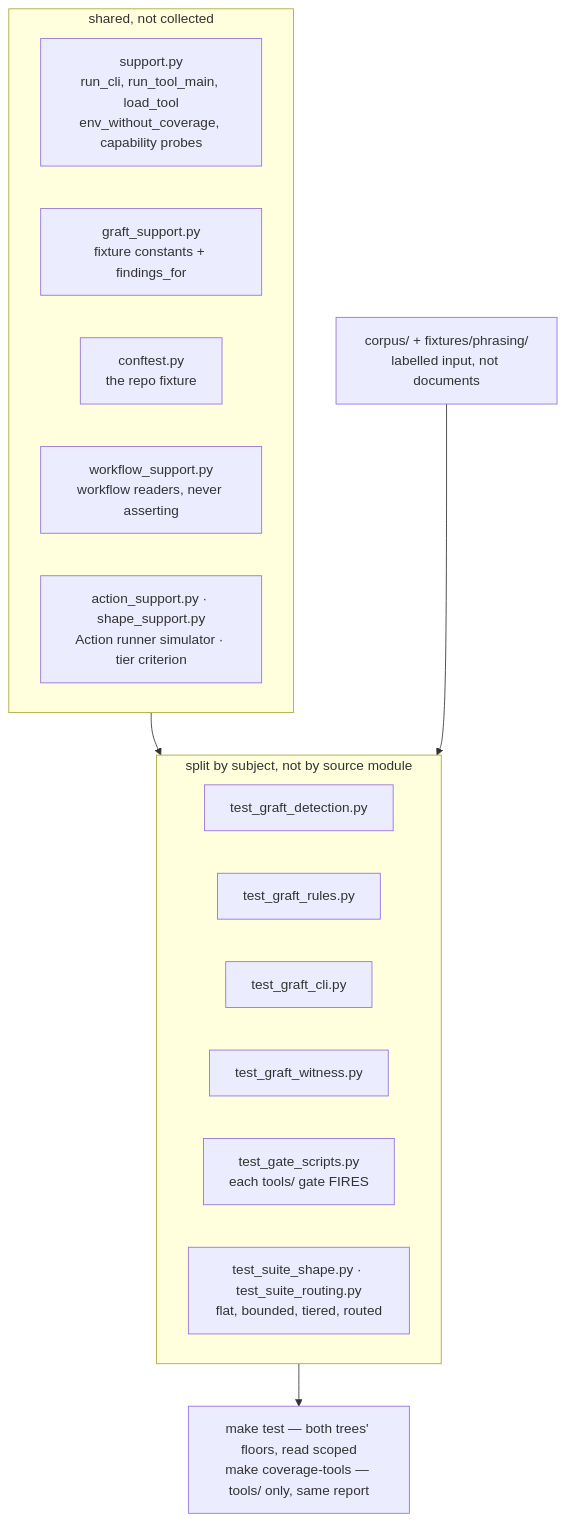
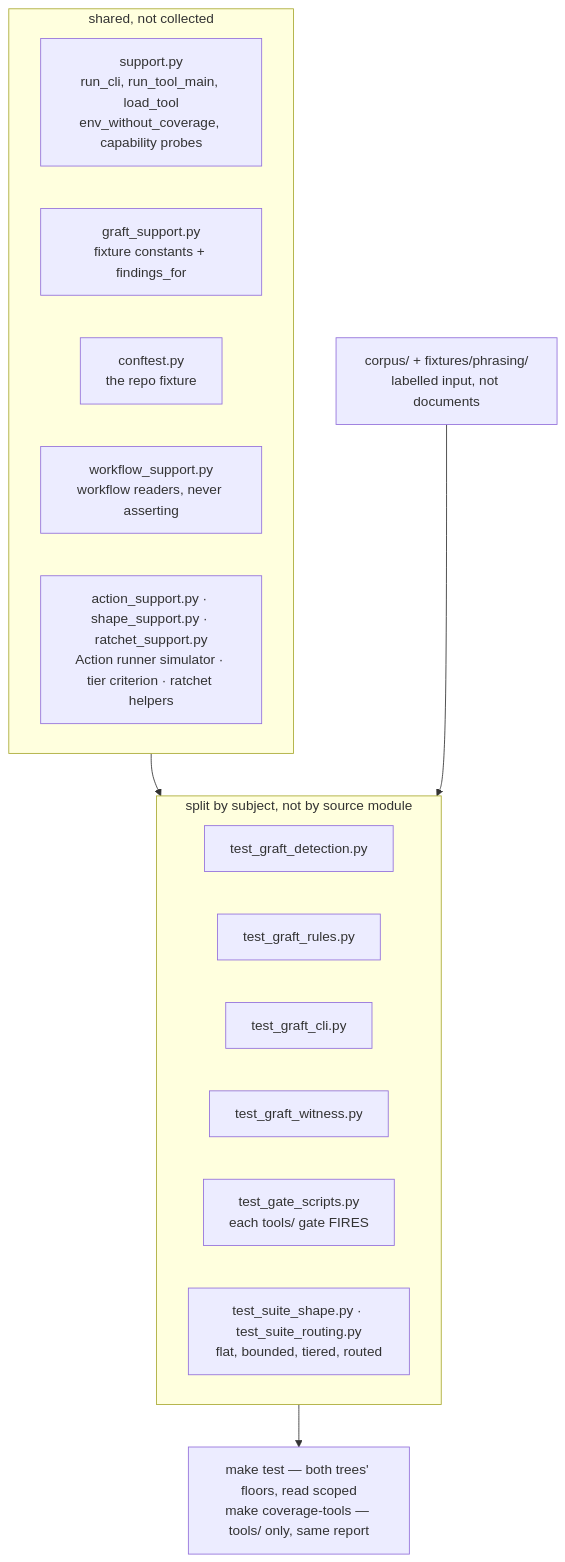
Before and after one commit to ianshank/planlint: the diagram in tests/AGENTS.md, drawn with Mermaid. The commit also changed other lines of this file and 27 other files, not shown here.

````diff
--- a/tests/AGENTS.md
+++ b/tests/AGENTS.md
@@ -8,21 +8,21 @@
 ```mermaid
 flowchart TD
     subgraph shared["shared, not collected"]
         sup["support.py<br/>run_cli, run_tool_main, load_tool<br/>env_without_coverage, capability probes"]
         gs["graft_support.py<br/>fixture constants + findings_for"]
         cf["conftest.py<br/>the repo fixture"]
         ws["workflow_support.py<br/>workflow readers, never asserting"]
-        xs["action_support.py · shape_support.py<br/>Action runner simulator · tier criterion"]
+        xs["action_support.py · shape_support.py · ratchet_support.py<br/>Action runner simulator · tier criterion · ratchet helpers"]
     end
     subgraph subject["split by subject, not by source module"]
         d["test_graft_detection.py"]
         r["test_graft_rules.py"]
         c["test_graft_cli.py"]
         w["test_graft_witness.py"]
         g["test_gate_scripts.py<br/>each tools/ gate FIRES"]
         s["test_suite_shape.py · test_suite_routing.py<br/>flat, bounded, tiered, routed"]
     end
     shared --> subject
     subject --> floors["make test — both trees' floors, read scoped<br/>make coverage-tools — tools/ only, same report"]
     corpus["corpus/ + fixtures/phrasing/<br/>labelled input, not documents"] --> subject
 ```
````
